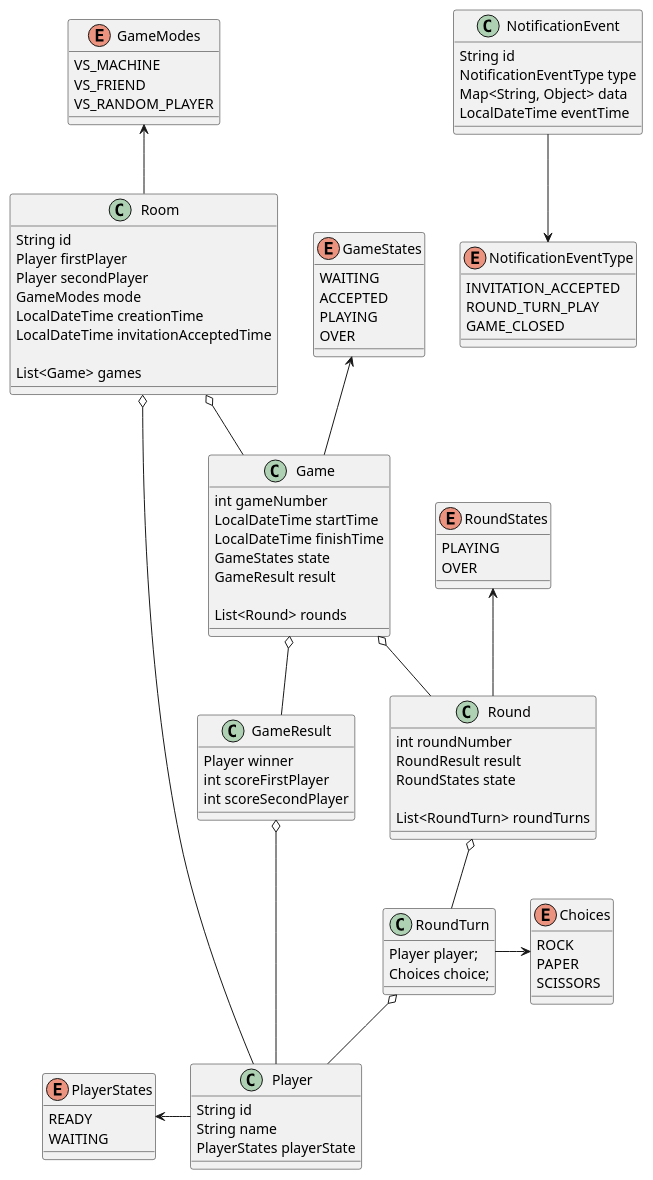
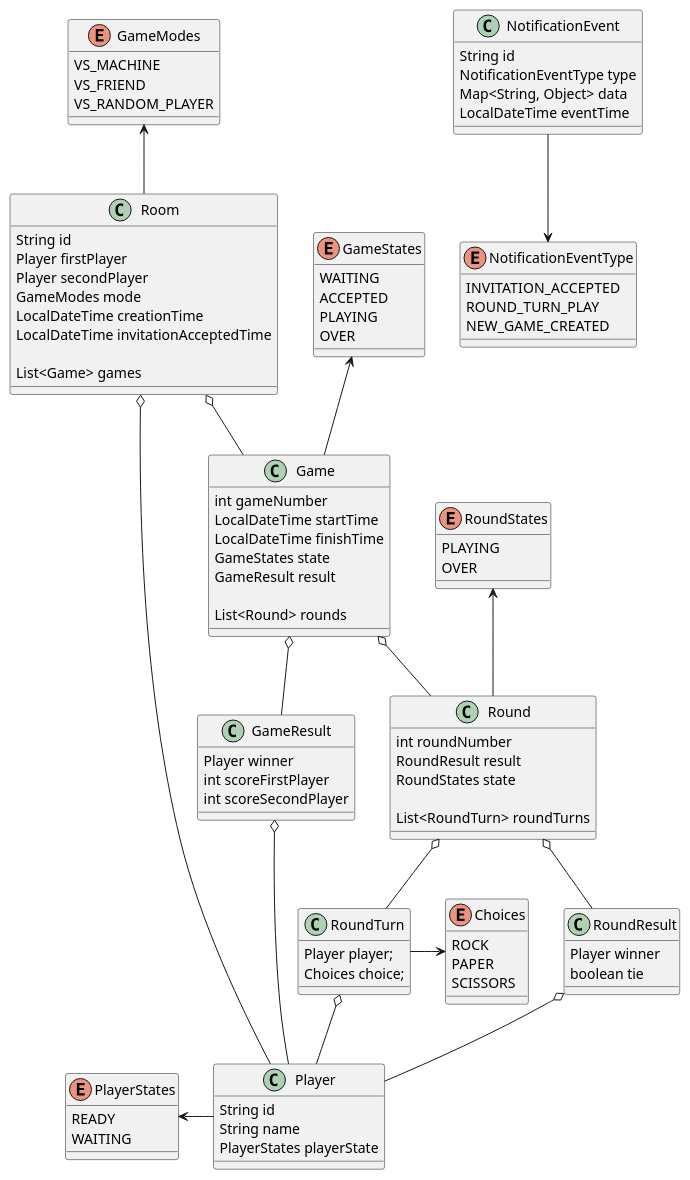
The diagram in plant-uml/rpsgame-model.puml (mmonchop/be-rpsgame), drawn with PlantUML before and after one commit. The commit also changed 1 other file, not shown here.

Commit message:
Modified UML diagram

```diff
--- a/plant-uml/rpsgame-model.puml
+++ b/plant-uml/rpsgame-model.puml
@@ -1,106 +1,113 @@
 @startuml
 'https://plantuml.com/class-diagram
 
 
 class Room {
     String id
     Player firstPlayer
     Player secondPlayer
     GameModes mode
     LocalDateTime creationTime
     LocalDateTime invitationAcceptedTime
 
     List<Game> games
 }
 
 class Game {
     int gameNumber
     LocalDateTime startTime
     LocalDateTime finishTime
     GameStates state
     GameResult result
 
     List<Round> rounds
 }
 
 class GameResult {
     Player winner
     int scoreFirstPlayer
     int scoreSecondPlayer
 }
 
 class RoundTurn {
     Player player;
     Choices choice;
 }
 
 class Round {
     int roundNumber
     RoundResult result
     RoundStates state
 
     List<RoundTurn> roundTurns
+}
+
+class RoundResult {
+    Player winner
+    boolean tie
 }
 
 class Player {
     String id
     String name
     PlayerStates playerState
 }
 
 class NotificationEvent {
     String id
     NotificationEventType type
     Map<String, Object> data
     LocalDateTime eventTime
 }
 
 enum GameModes {
     VS_MACHINE
     VS_FRIEND
     VS_RANDOM_PLAYER
 }
 
 enum GameStates {
     WAITING
     ACCEPTED
     PLAYING
     OVER
 }
 
 enum RoundStates {
     PLAYING
     OVER
 }
 
 enum PlayerStates {
     READY
     WAITING
 }
 
 enum Choices {
     ROCK
     PAPER
     SCISSORS
 }
 
 enum NotificationEventType {
     INVITATION_ACCEPTED
     ROUND_TURN_PLAY
-    GAME_CLOSED
+    NEW_GAME_CREATED
 }
 
 Room o-- Game
 Room o-- Player
 GameModes <-- Room
 Game o-- GameResult
 GameStates <-- Game
 GameResult o-- Player
 PlayerStates <- Player
 Game o-- Round
 Round o-- RoundTurn
+Round o-- RoundResult
 RoundStates <-- Round
 RoundTurn o-- Player
+RoundResult o-- Player
 RoundTurn -> Choices
 NotificationEvent --> NotificationEventType
 @enduml
```
